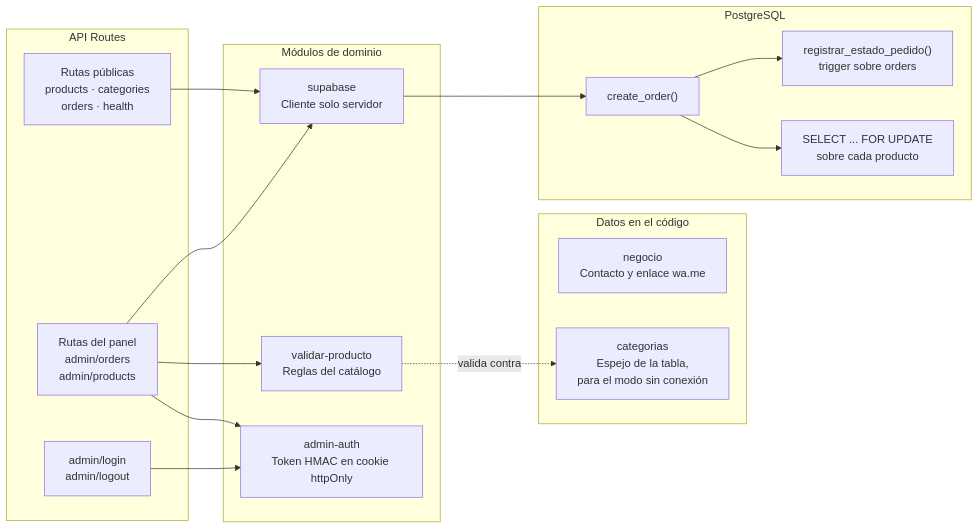
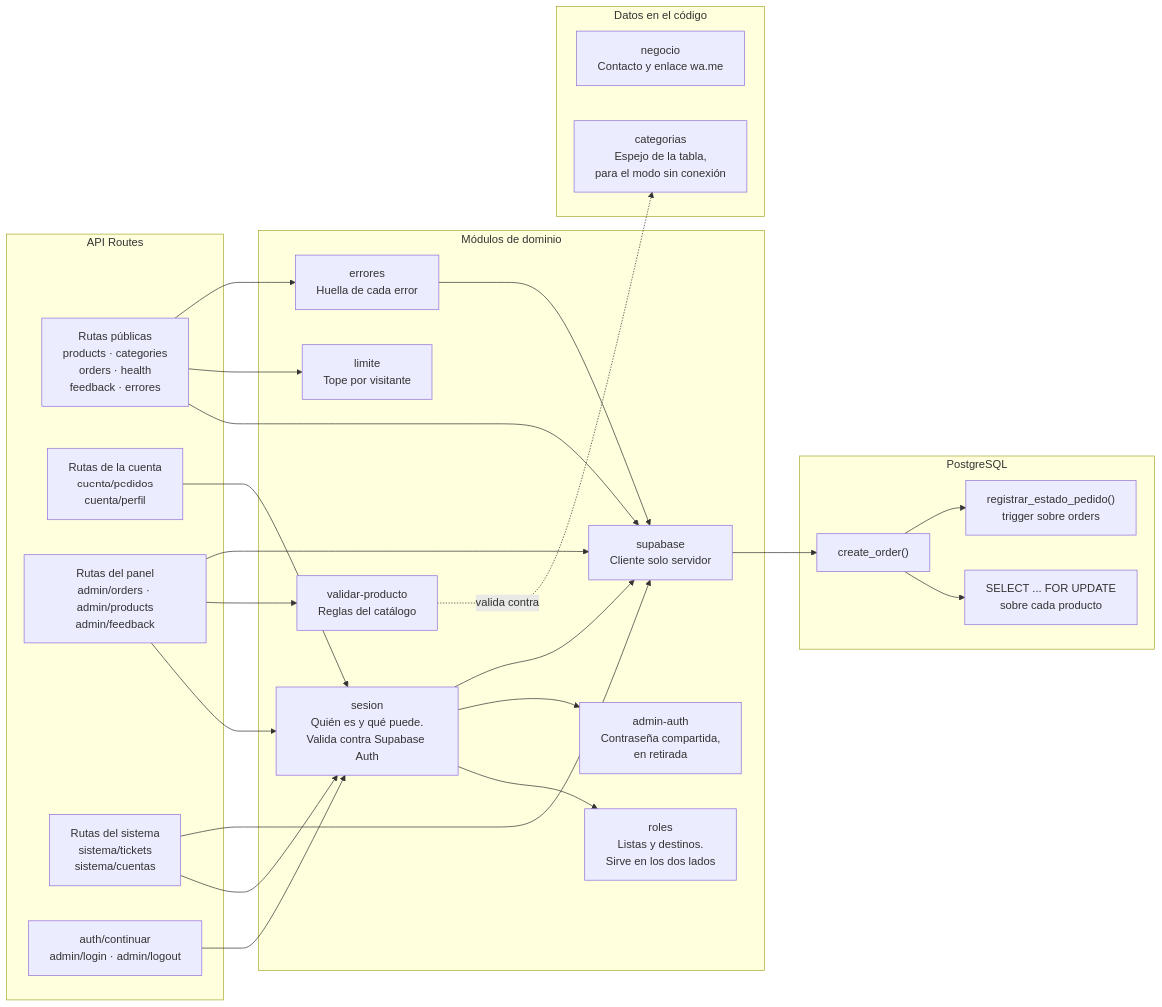
One commit to Alejandro-Paz05/Proyecto_ISW2 changed the third of 7 diagrams in docs/arquitectura.md. Above: the diagram before and after it, drawn with Mermaid. The commit also changed other lines of this file and 3 other files, not shown here.

First line of the commit message:
docs: documentar las cuentas, los roles y los tickets

````diff
--- a/docs/arquitectura.md
+++ b/docs/arquitectura.md
@@ -98,35 +112,50 @@
 ```mermaid
 flowchart LR
     subgraph rutas["API Routes"]
-        publicas["Rutas públicas<br/>products · categories<br/>orders · health"]
-        privadas["Rutas del panel<br/>admin/orders<br/>admin/products"]
-        login["admin/login<br/>admin/logout"]
+        publicas["Rutas públicas<br/>products · categories<br/>orders · health<br/>feedback · errores"]
+        cuenta["Rutas de la cuenta<br/>cuenta/pedidos<br/>cuenta/perfil"]
+        privadas["Rutas del panel<br/>admin/orders · admin/products<br/>admin/feedback"]
+        sistema["Rutas del sistema<br/>sistema/tickets<br/>sistema/cuentas"]
+        login["auth/continuar<br/>admin/login · admin/logout"]
     end
 
     subgraph modulos["Módulos de dominio"]
-        auth["admin-auth<br/>Token HMAC en cookie httpOnly"]
+        sesion["sesion<br/>Quién es y qué puede.<br/>Valida contra Supabase Auth"]
+        roles["roles<br/>Listas y destinos.<br/>Sirve en los dos lados"]
+        errores["errores<br/>Huella de cada error"]
+        limite["limite<br/>Tope por visitante"]
+        auth["admin-auth<br/>Contraseña compartida,<br/>en retirada"]
         validar["validar-producto<br/>Reglas del catálogo"]
         cliente["supabase<br/>Cliente solo servidor"]
     end
 
     subgraph estaticos["Datos en el código"]
         negocio["negocio<br/>Contacto y enlace wa.me"]
         categorias["categorias<br/>Espejo de la tabla,<br/>para el modo sin conexión"]
     end
 
     subgraph base["PostgreSQL"]
         co["create_order()"]
         lock["SELECT ... FOR UPDATE<br/>sobre cada producto"]
         trig["registrar_estado_pedido()<br/>trigger sobre orders"]
     end
 
     publicas --> cliente
-    privadas --> auth
+    publicas --> limite
+    publicas --> errores
+    cuenta --> sesion
+    privadas --> sesion
     privadas --> validar
     privadas --> cliente
-    login --> auth
+    sistema --> sesion
+    sistema --> cliente
+    login --> sesion
+    sesion --> roles
+    sesion --> auth
+    sesion --> cliente
+    errores --> cliente
     validar -.->|"valida contra"| categorias
     cliente --> co
     co --> lock
     co --> trig
 ```
````
